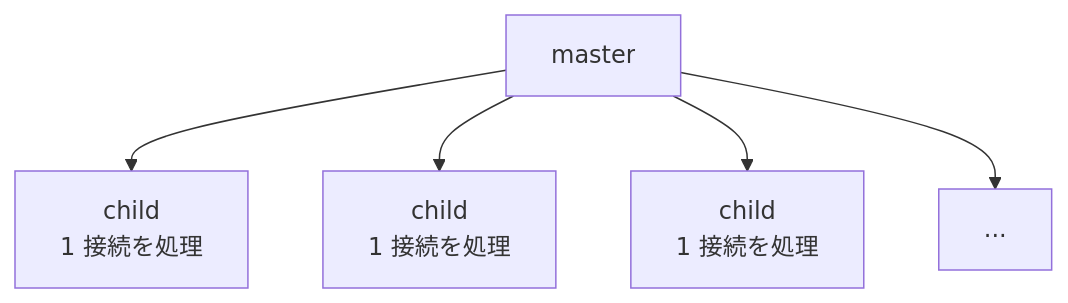
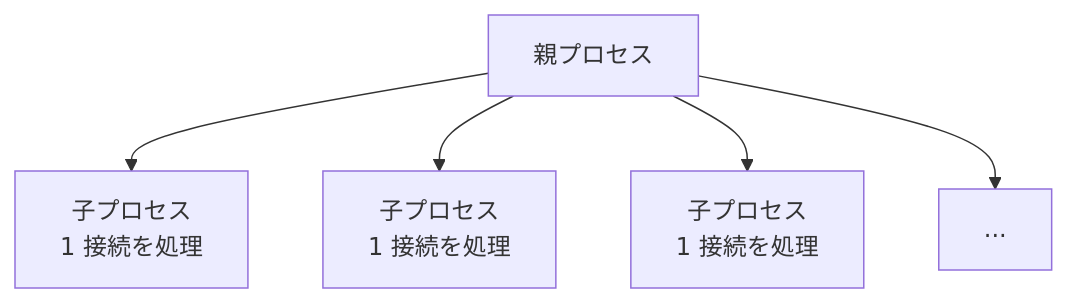
The third of 7 diagrams in src/content/blog/2026/web-server-architecture.md (jjjsmz/blog), drawn with Mermaid before and after one commit. The commit also changed other lines of this file, not shown here.

````diff
--- a/src/content/blog/2026/web-server-architecture.md
+++ b/src/content/blog/2026/web-server-architecture.md
@@ -878,7 +894,7 @@
 ```mermaid prefork MPM
 graph TB
-  M["master"] --> W1["child<br/>1 接続を処理"]
-  M --> W2["child<br/>1 接続を処理"]
-  M --> W3["child<br/>1 接続を処理"]
+  M["親プロセス"] --> W1["子プロセス<br/>1 接続を処理"]
+  M --> W2["子プロセス<br/>1 接続を処理"]
+  M --> W3["子プロセス<br/>1 接続を処理"]
   M --> Wn["..."]
 ```
````
